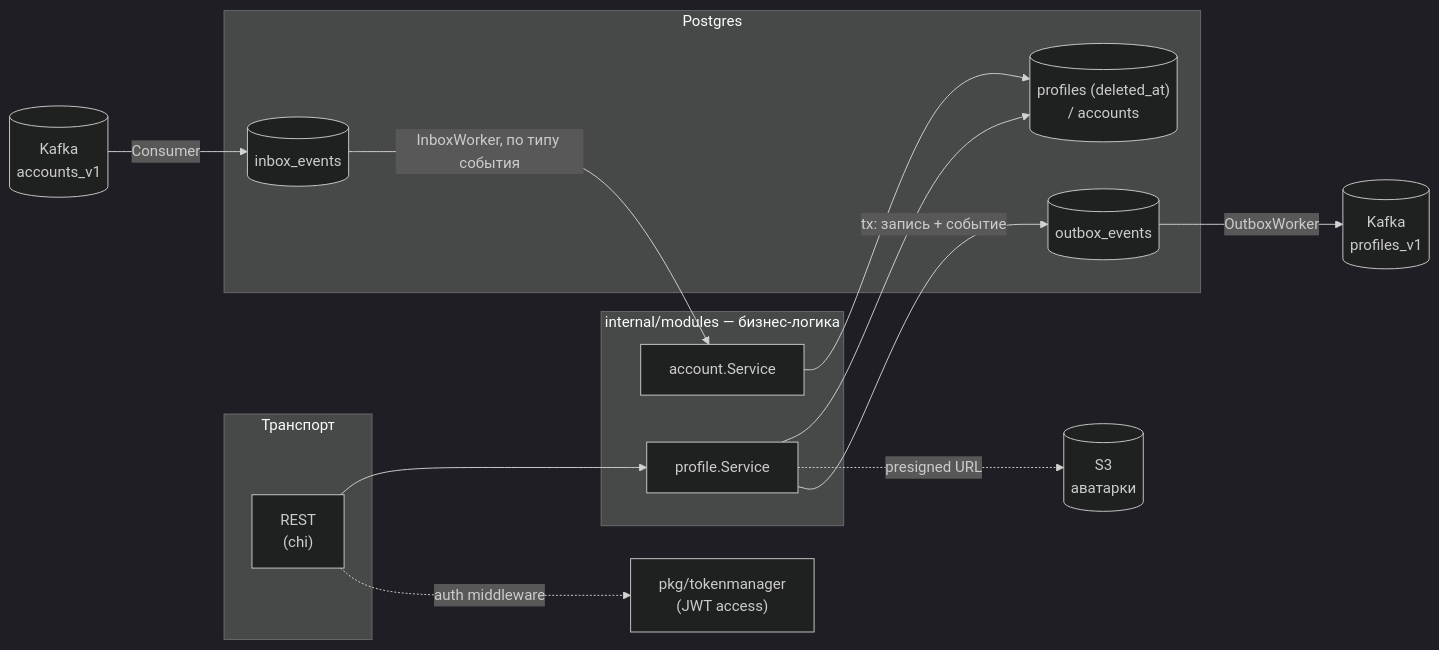
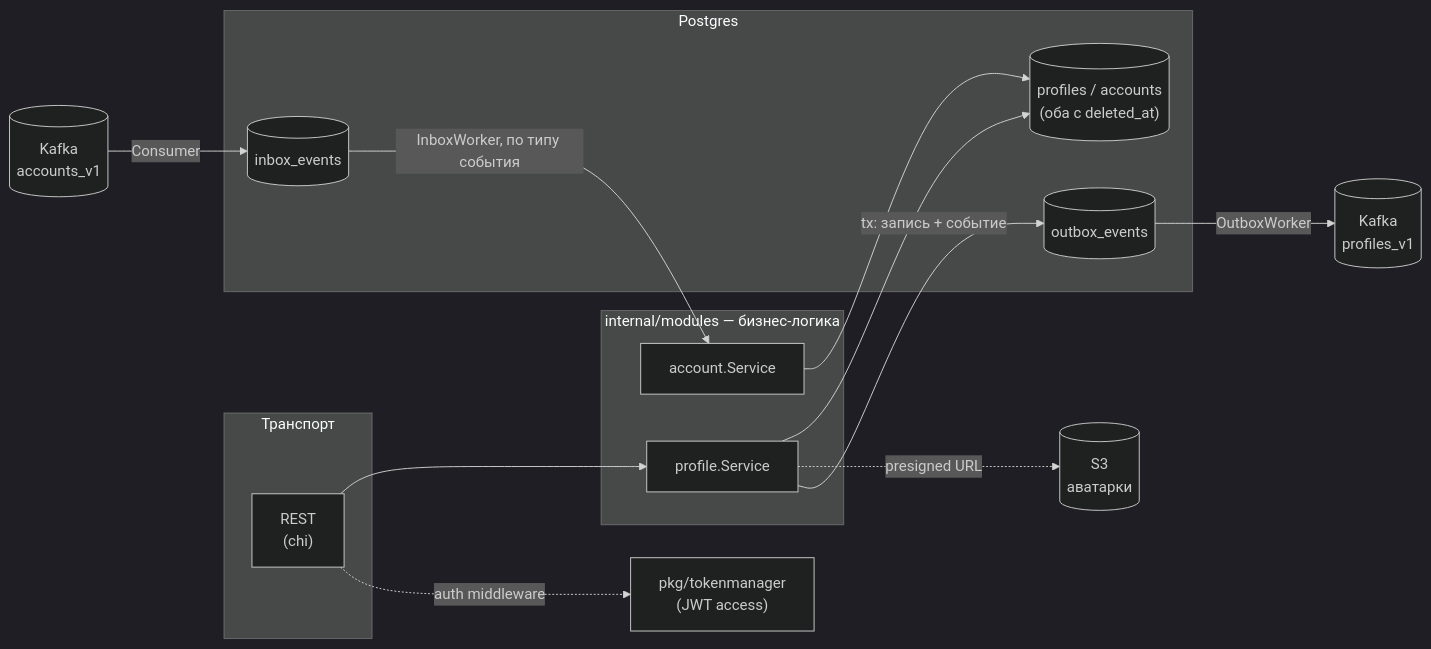
One commit to netbill/profiles-svc changed the diagram in docs/architecture.md. Above: the diagram before and after it, drawn with Mermaid (dark theme). The commit also changed other lines of this file and 10 other files, not shown here.

````diff
--- a/docs/architecture.md
+++ b/docs/architecture.md
@@ -90,32 +91,32 @@
 ```mermaid
 flowchart LR
     subgraph Transport["Транспорт"]
         REST["REST<br/>(chi)"]
     end
 
     subgraph Modules["internal/modules — бизнес-логика"]
         Profile["profile.Service"]
         Account["account.Service"]
     end
 
     subgraph Data["Postgres"]
-        PG[("profiles (deleted_at)<br/>/ accounts")]
+        PG[("profiles / accounts<br/>(оба с deleted_at)")]
         Outbox[("outbox_events")]
         Inbox[("inbox_events")]
     end
 
     S3[("S3<br/>аватарки")]
 
     REST --> Profile
     REST -. auth middleware .-> Auth["pkg/tokenmanager<br/>(JWT access)"]
 
     Profile --> PG
     Account --> PG
     Profile -. presigned URL .-> S3
 
     Profile -->|tx: запись + событие| Outbox
     Outbox -->|OutboxWorker| KafkaOut[("Kafka<br/>profiles_v1")]
 
     KafkaIn[("Kafka<br/>accounts_v1")] -->|Consumer| Inbox
     Inbox -->|InboxWorker, по типу события| Account
 ```
````
